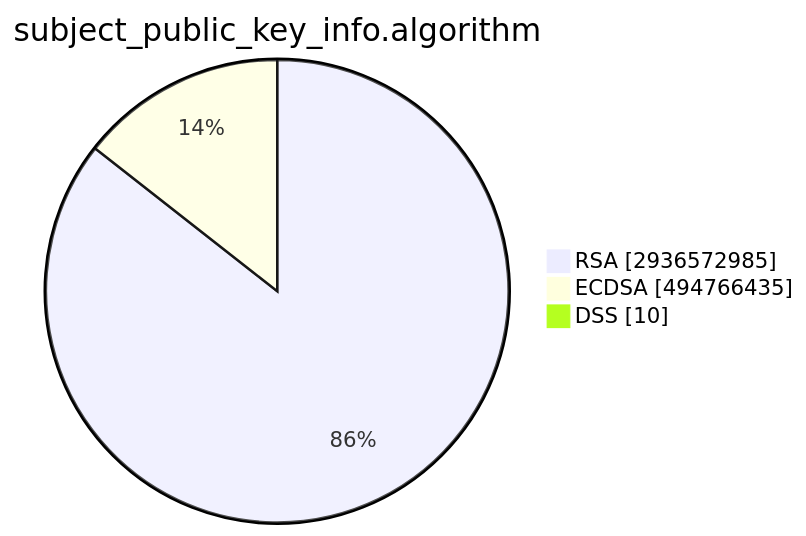
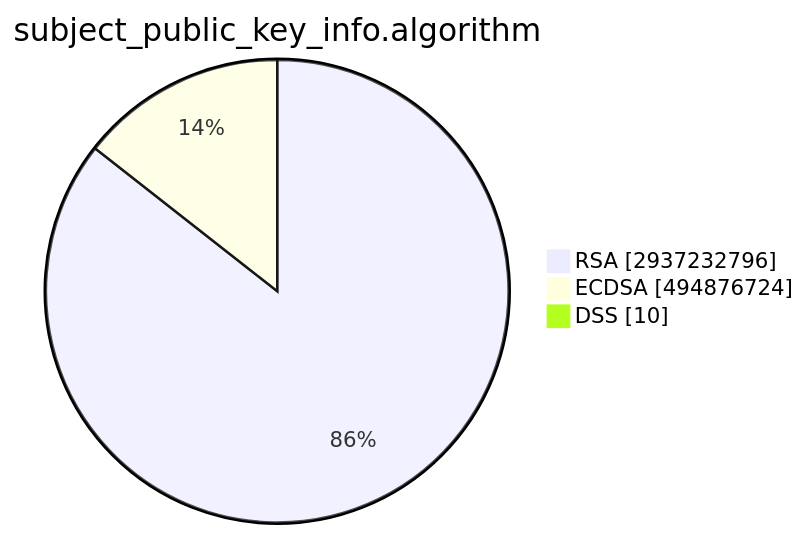
Before and after one commit to christiankrug/ctmonitor_visualization: the second of 15 diagrams in TOTAL/README.md, drawn with Mermaid. The commit also changed other lines of this file, not shown here.

````diff
--- a/TOTAL/README.md
+++ b/TOTAL/README.md
@@ -6,7 +6,7 @@
 ```mermaid
 pie showData
 title subject_public_key_info.algorithm
-"RSA" :2936572985
-"ECDSA" :494766435
+"RSA" :2937232796
+"ECDSA" :494876724
 "DSS" :10
 ```
````
